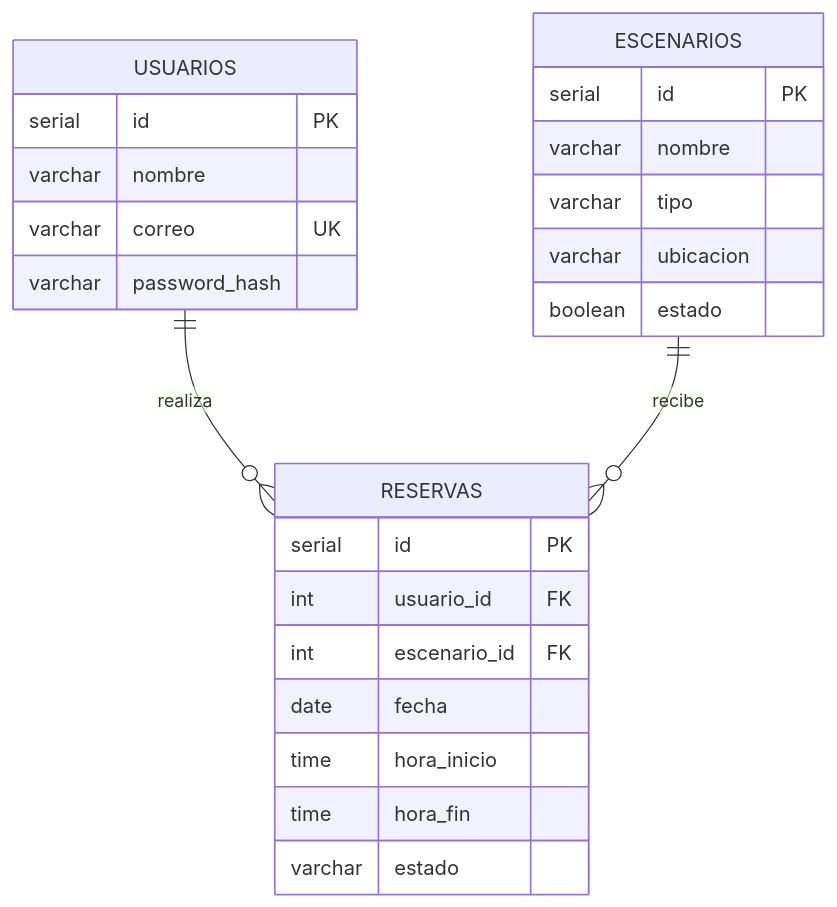
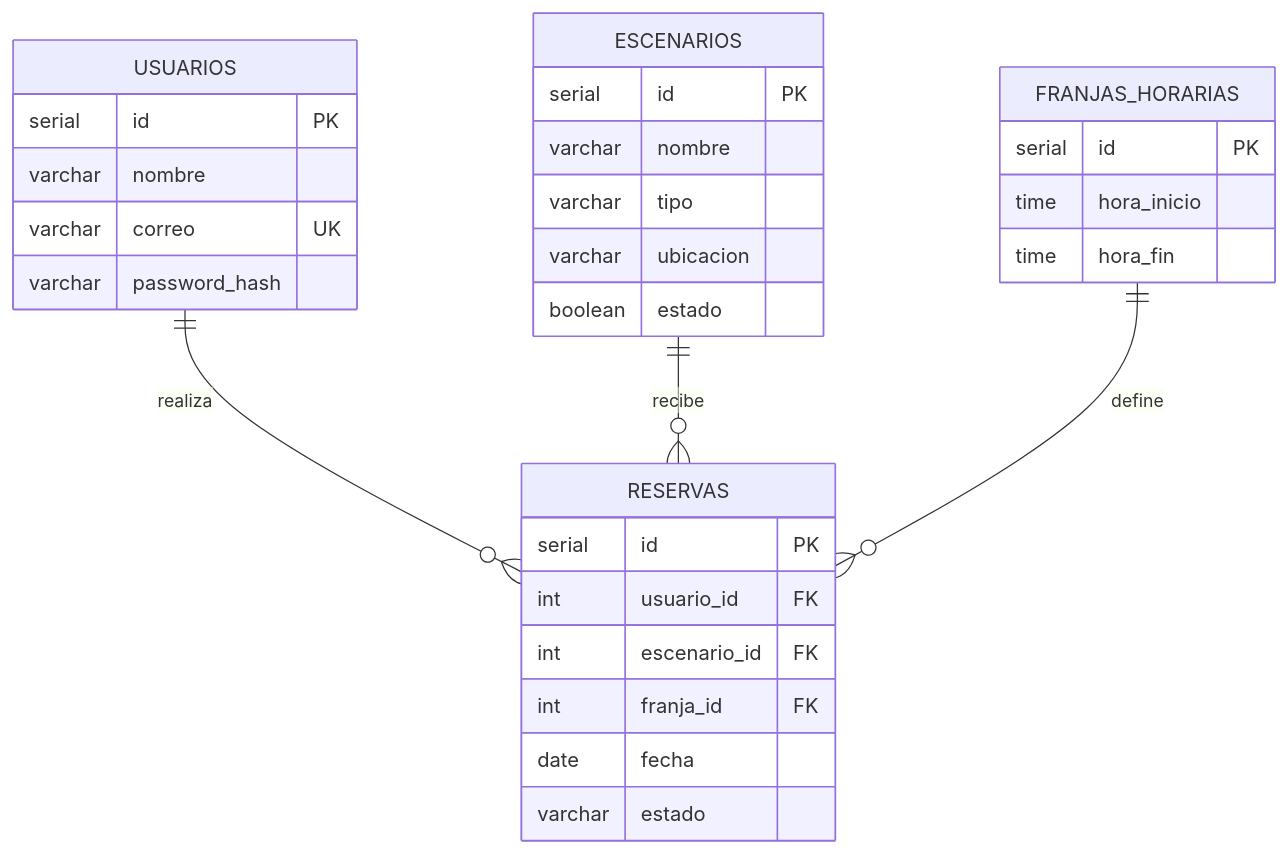
The diagram in docs/esquema-bd.md (zandrewsssz78-blip/ArenaHub), drawn with Mermaid before and after one commit.

Commit message:
Actualización esquema-bd

````diff
--- a/docs/esquema-bd.md
+++ b/docs/esquema-bd.md
@@ -1,27 +1,32 @@
 ```mermaid
 erDiagram
   USUARIOS ||--o{ RESERVAS : realiza
-  ESCENARIOS ||--o{ RESERVAS : recibe
-  USUARIOS {
-    serial id PK
-    varchar nombre
-    varchar correo UK
-    varchar password_hash
-  }
-  ESCENARIOS {
-    serial id PK
-    varchar nombre
-    varchar tipo
-    varchar ubicacion
-    boolean estado
-  }
-  RESERVAS {
-    serial id PK
-    int usuario_id FK
-    int escenario_id FK
-    date fecha
-    time hora_inicio
-    time hora_fin
-    varchar estado
+ESCENARIOS ||--o{ RESERVAS : recibe
+FRANJAS_HORARIAS ||--o{ RESERVAS : define
+USUARIOS {
+serial id PK
+varchar nombre
+varchar correo UK
+varchar password_hash
+}
+ESCENARIOS {
+serial id PK
+varchar nombre
+varchar tipo
+varchar ubicacion
+boolean estado
+}
+FRANJAS_HORARIAS {
+serial id PK
+time hora_inicio
+time hora_fin
+}
+RESERVAS {
+serial id PK
+int usuario_id FK
+int escenario_id FK
+int franja_id FK
+date fecha
+varchar estado
   }
 ```
````
